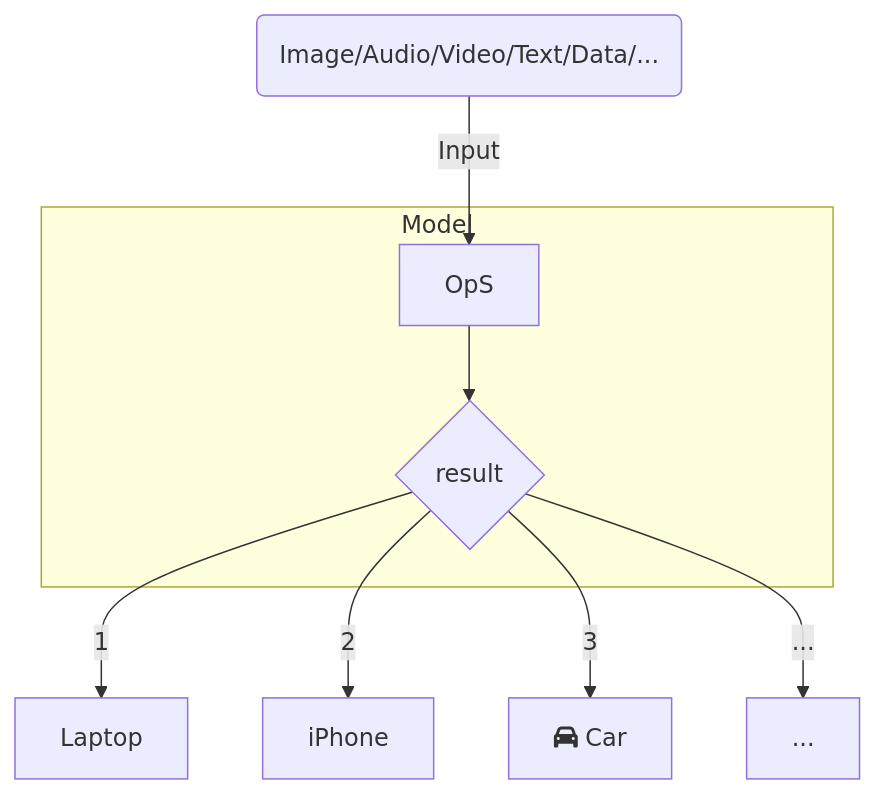
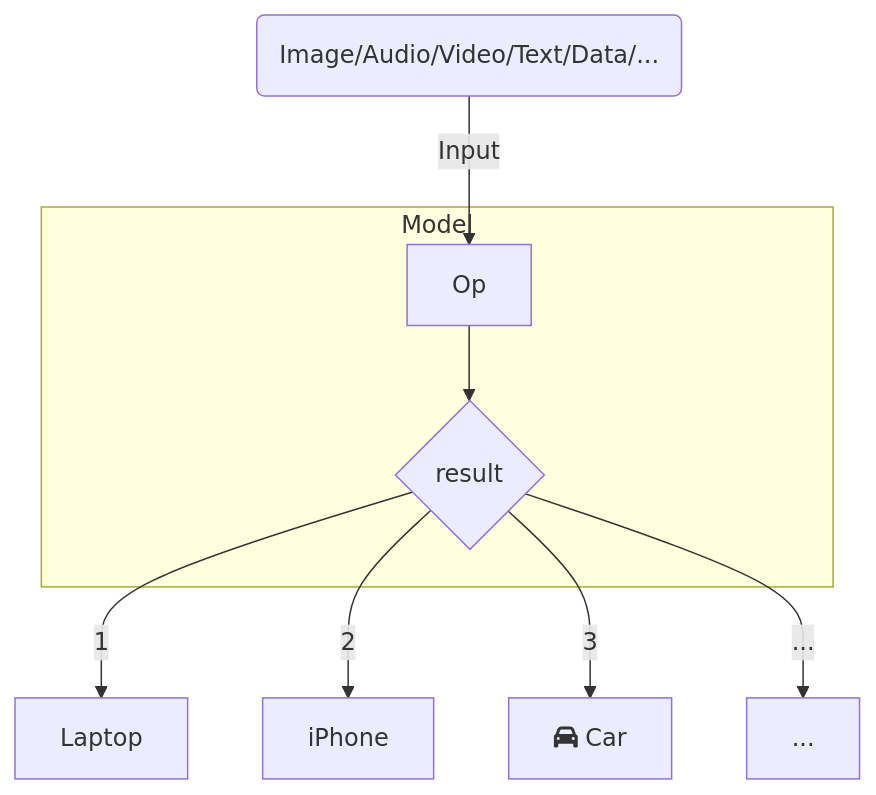
One commit to junxnone/aiwiki changed the diagram in docs/0366_ML_Op.md. Above: the diagram before and after it, drawn with Mermaid. The commit also changed other lines of this file, not shown here.

````diff
--- a/docs/0366_ML_Op.md
+++ b/docs/0366_ML_Op.md
@@ -11,11 +10,11 @@
 ```mermaid
 graph TD
-    A("Image/Audio/Video/Text/Data/...") -->|Input| B[OpS]
+    A("Image/Audio/Video/Text/Data/...") -->|Input| B[Op]
     subgraph Model
     B --> C{result}
     end
     C -->|1| D[Laptop]
     C -->|2| E[iPhone]
     C -->|3| F[fa:fa-car Car]
     C -->|...| G[...]
 ```
````
